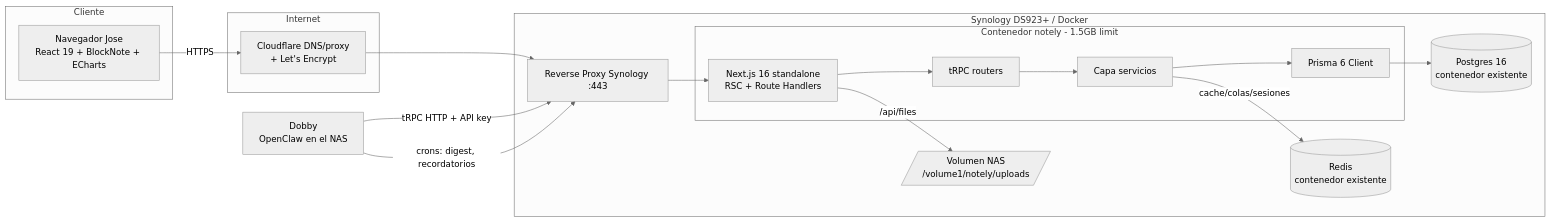
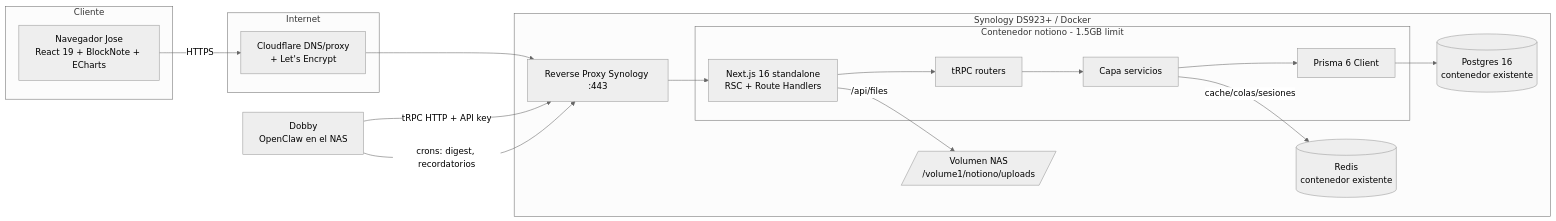
The diagram in PLANTEAMIENTO.md (josemp94/notely), drawn with Mermaid (neutral theme) before and after one commit. The commit also changed other lines of this file and 16 other files, not shown here.

````diff
--- a/PLANTEAMIENTO.md
+++ b/PLANTEAMIENTO.md
@@ -179,29 +179,29 @@
 ```mermaid
 flowchart LR
   subgraph Cliente
     B[Navegador Jose<br/>React 19 + BlockNote + ECharts]
   end
   subgraph Internet
     CF[Cloudflare DNS/proxy<br/>+ Let's Encrypt]
   end
   subgraph NAS[Synology DS923+ / Docker]
     RP[Reverse Proxy Synology :443]
-    subgraph APP[Contenedor notely - 1.5GB limit]
+    subgraph APP[Contenedor notiono - 1.5GB limit]
       N[Next.js 16 standalone<br/>RSC + Route Handlers]
       T[tRPC routers]
       S[Capa servicios]
       P[Prisma 6 Client]
     end
     PG[(Postgres 16<br/>contenedor existente)]
     RD[(Redis<br/>contenedor existente)]
-    FS[/Volumen NAS<br/>/volume1/notely/uploads/]
+    FS[/Volumen NAS<br/>/volume1/notiono/uploads/]
   end
   D[Dobby<br/>OpenClaw en el NAS]
 
   B -->|HTTPS| CF --> RP --> N
   N --> T --> S --> P --> PG
   S -->|cache/colas/sesiones| RD
   N -->|/api/files| FS
   D -->|tRPC HTTP + API key| RP
   D -->|crons: digest, recordatorios| RP
 ```
````
